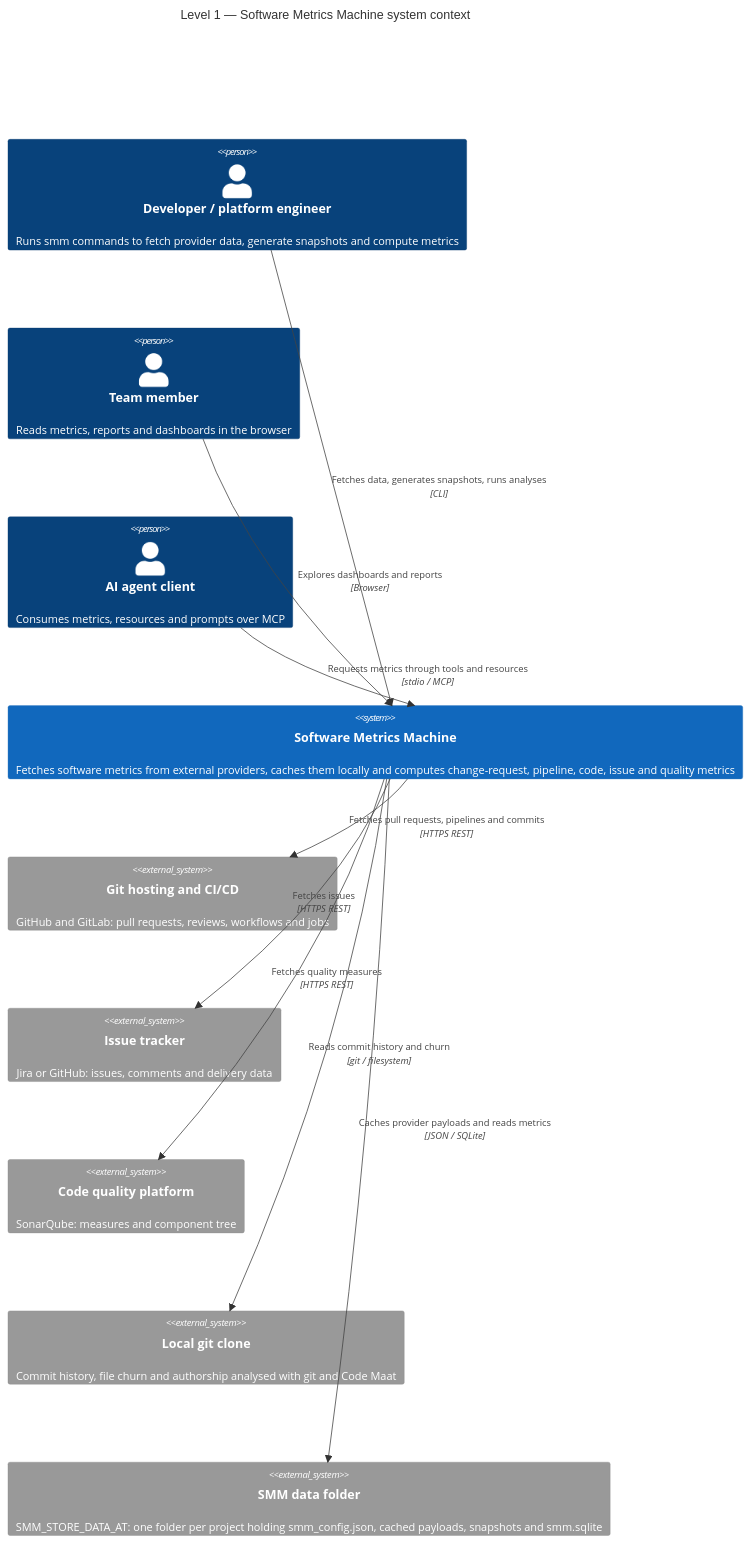
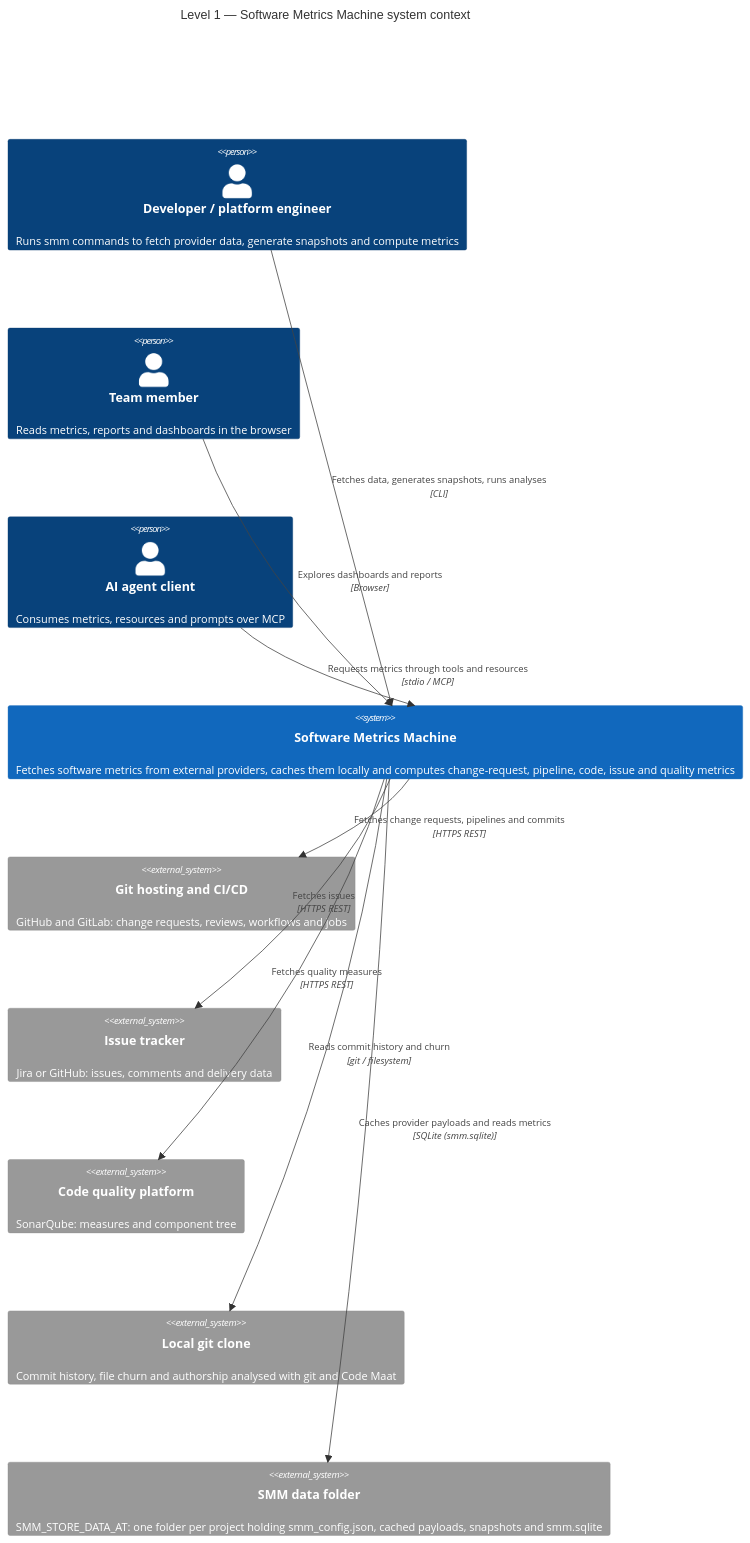
One commit to Side-Projects-4-Fun/software-metrics-machine changed the diagram in docs/architecture/level-1-system-context.md. Above: the diagram before and after it, drawn with Mermaid. The commit also changed 97 other files, not shown here.

````diff
--- a/docs/architecture/level-1-system-context.md
+++ b/docs/architecture/level-1-system-context.md
@@ -10,28 +10,28 @@
 ```mermaid
 C4Context
   title Level 1 — Software Metrics Machine system context
 
   Person(developer, "Developer / platform engineer", "Runs smm commands to fetch provider data, generate snapshots and compute metrics")
   Person(teamMember, "Team member", "Reads metrics, reports and dashboards in the browser")
   Person(agentClient, "AI agent client", "Consumes metrics, resources and prompts over MCP")
 
   System(smm, "Software Metrics Machine", "Fetches software metrics from external providers, caches them locally and computes change-request, pipeline, code, issue and quality metrics")
 
-  System_Ext(gitHost, "Git hosting and CI/CD", "GitHub and GitLab: pull requests, reviews, workflows and jobs")
+  System_Ext(gitHost, "Git hosting and CI/CD", "GitHub and GitLab: change requests, reviews, workflows and jobs")
   System_Ext(issueTracker, "Issue tracker", "Jira or GitHub: issues, comments and delivery data")
   System_Ext(qualityPlatform, "Code quality platform", "SonarQube: measures and component tree")
   System_Ext(gitClone, "Local git clone", "Commit history, file churn and authorship analysed with git and Code Maat")
   System_Ext(dataStore, "SMM data folder", "SMM_STORE_DATA_AT: one folder per project holding smm_config.json, cached payloads, snapshots and smm.sqlite")
 
   Rel(developer, smm, "Fetches data, generates snapshots, runs analyses", "CLI")
   Rel(teamMember, smm, "Explores dashboards and reports", "Browser")
   Rel(agentClient, smm, "Requests metrics through tools and resources", "stdio / MCP")
 
-  Rel(smm, gitHost, "Fetches pull requests, pipelines and commits", "HTTPS REST")
+  Rel(smm, gitHost, "Fetches change requests, pipelines and commits", "HTTPS REST")
   Rel(smm, issueTracker, "Fetches issues", "HTTPS REST")
   Rel(smm, qualityPlatform, "Fetches quality measures", "HTTPS REST")
   Rel(smm, gitClone, "Reads commit history and churn", "git / filesystem")
-  Rel(smm, dataStore, "Caches provider payloads and reads metrics", "JSON / SQLite")
+  Rel(smm, dataStore, "Caches provider payloads and reads metrics", "SQLite (smm.sqlite)")
 
   UpdateLayoutConfig($c4ShapeInRow="3", $c4BoundaryInRow="1")
 ```
````
